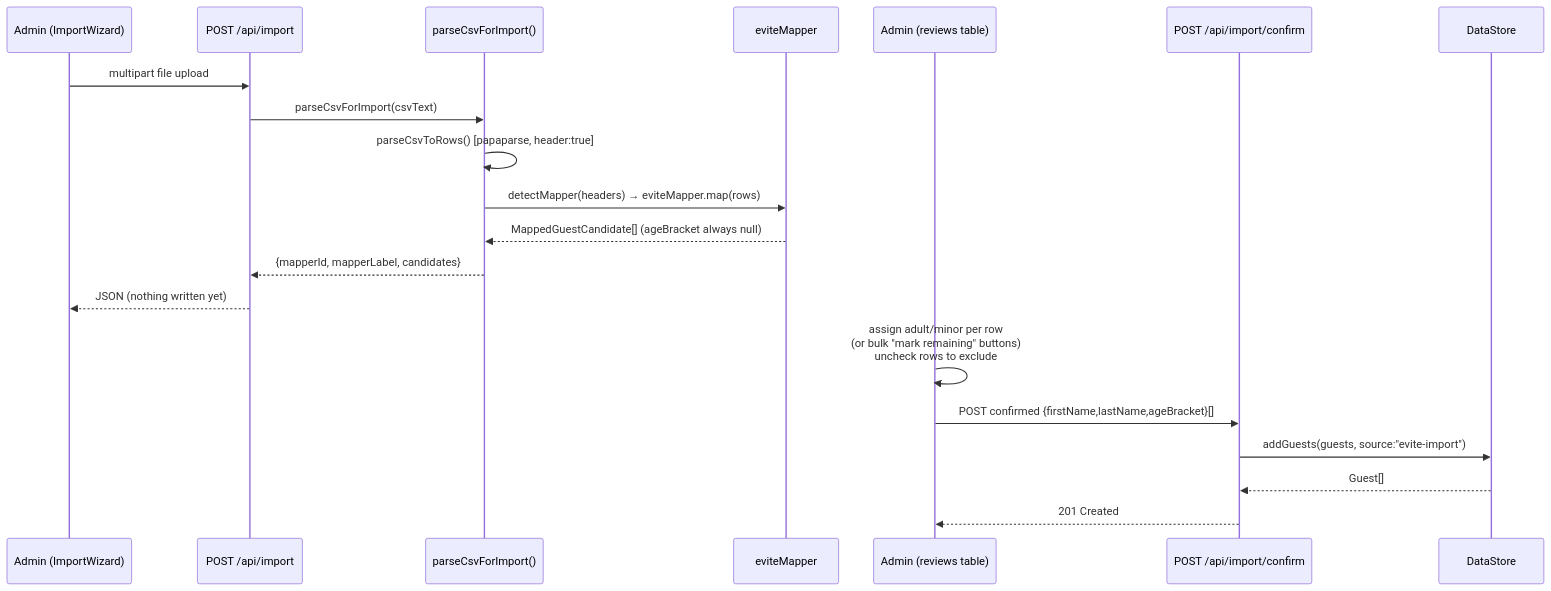
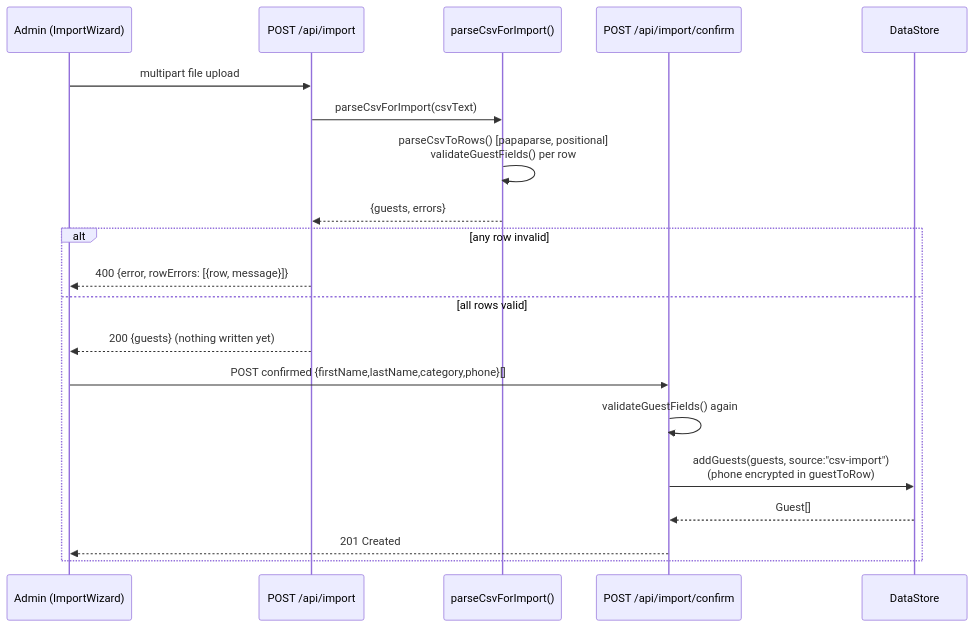
One commit to georgeduke5/5-ThrillerNight changed the eighth of 9 diagrams in Docs/DESIGN.md. Above: the diagram before and after it, drawn with Mermaid. The commit also changed other lines of this file and 20 other files, not shown here.

````diff
--- a/Docs/DESIGN.md
+++ b/Docs/DESIGN.md
@@ -381,23 +383,23 @@
 ```mermaid
 sequenceDiagram
     participant A as Admin (ImportWizard)
     participant API1 as POST /api/import
     participant Lib as parseCsvForImport()
-    participant Map as eviteMapper
-    participant A2 as Admin (reviews table)
     participant API2 as POST /api/import/confirm
     participant DS as DataStore
 
     A->>API1: multipart file upload
     API1->>Lib: parseCsvForImport(csvText)
-    Lib->>Lib: parseCsvToRows() [papaparse, header:true]
-    Lib->>Map: detectMapper(headers) → eviteMapper.map(rows)
-    Map-->>Lib: MappedGuestCandidate[] (ageBracket always null)
-    Lib-->>API1: {mapperId, mapperLabel, candidates}
-    API1-->>A: JSON (nothing written yet)
-    A2->>A2: assign adult/minor per row<br/>(or bulk "mark remaining" buttons)<br/>uncheck rows to exclude
-    A2->>API2: POST confirmed {firstName,lastName,ageBracket}[]
-    API2->>DS: addGuests(guests, source:"evite-import")
-    DS-->>API2: Guest[]
-    API2-->>A2: 201 Created
+    Lib->>Lib: parseCsvToRows() [papaparse, positional]<br/>validateGuestFields() per row
+    Lib-->>API1: {guests, errors}
+    alt any row invalid
+        API1-->>A: 400 {error, rowErrors: [{row, message}]}
+    else all rows valid
+        API1-->>A: 200 {guests} (nothing written yet)
+        A->>API2: POST confirmed {firstName,lastName,category,phone}[]
+        API2->>API2: validateGuestFields() again
+        API2->>DS: addGuests(guests, source:"csv-import")<br/>(phone encrypted in guestToRow)
+        DS-->>API2: Guest[]
+        API2-->>A: 201 Created
+    end
 ```
````
